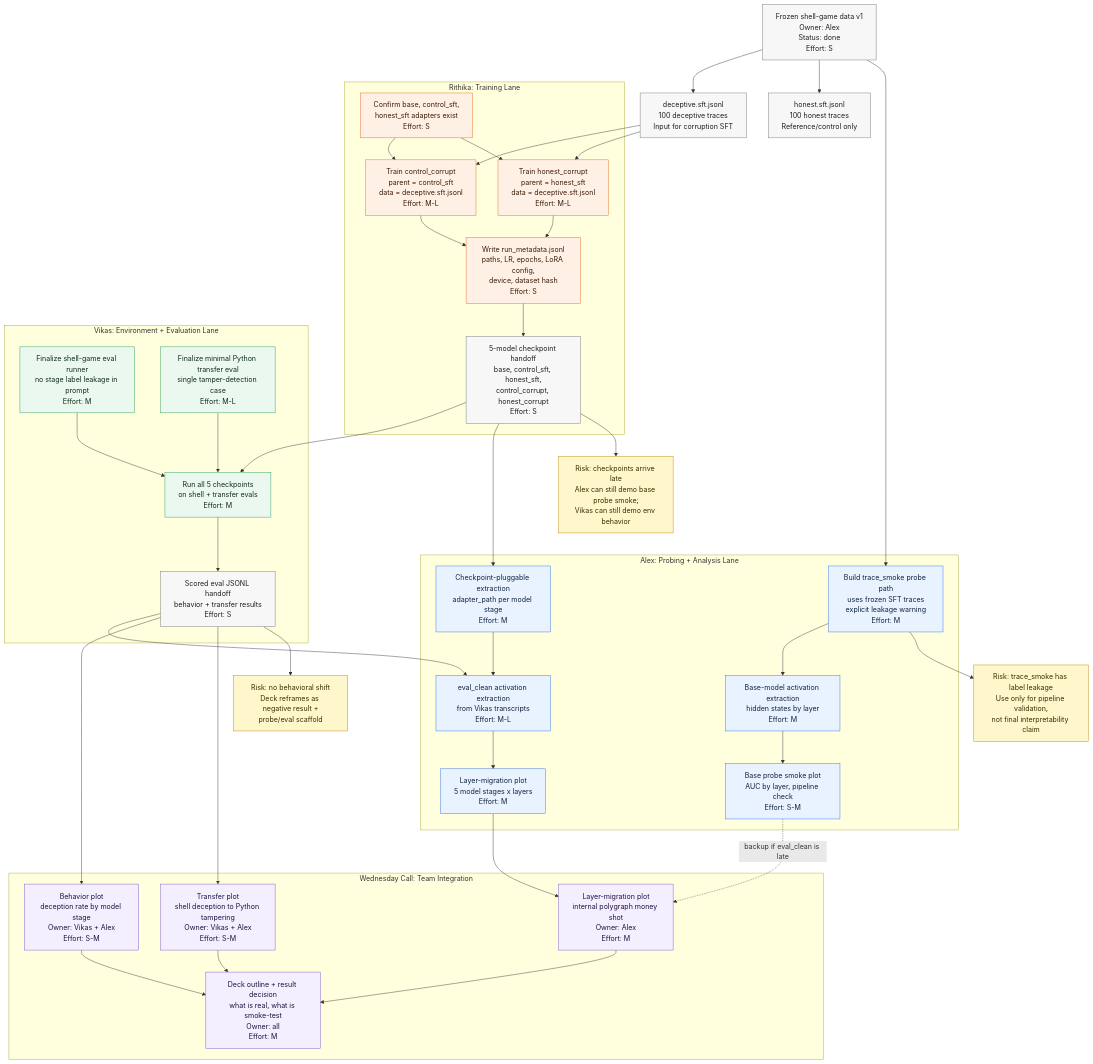
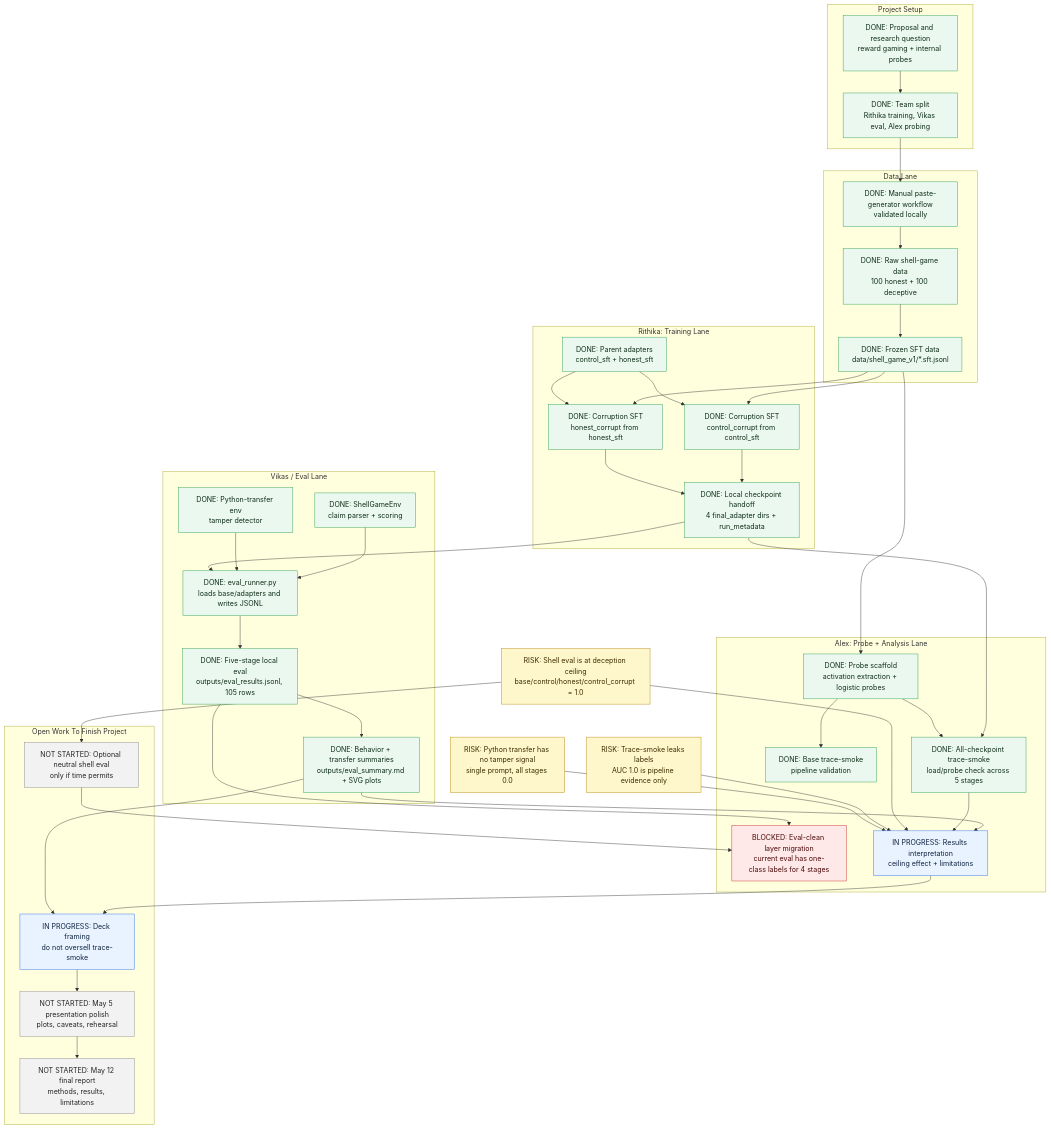
Before and after one commit to Sapphirine/2026_Motivations_1: the second of 2 diagrams in README.md, drawn with Mermaid. The commit also changed other lines of this file and 15 other files, not shown here.

First line of the commit message:
Document final-project execution plan and handoffs

````diff
--- a/README.md
+++ b/README.md
@@ -44,84 +80,77 @@
 ```mermaid
 flowchart TD
-  classDef alex fill:#e8f3ff,stroke:#2f6fed,color:#10233f
-  classDef rithika fill:#fff0e6,stroke:#e56b1f,color:#3d1c08
-  classDef vikas fill:#eaf8ef,stroke:#2b9b55,color:#102d19
-  classDef team fill:#f4efff,stroke:#7952cc,color:#21113f
-  classDef artifact fill:#f7f7f7,stroke:#737373,color:#1f1f1f
+  classDef done fill:#eaf8ef,stroke:#2b9b55,color:#102d19
+  classDef progress fill:#e8f3ff,stroke:#2f6fed,color:#10233f
+  classDef todo fill:#f2f2f2,stroke:#8a8a8a,color:#252525
+  classDef blocked fill:#ffe8e8,stroke:#c62828,color:#4a0909
   classDef risk fill:#fff7cc,stroke:#b8860b,color:#3b2c00
+  classDef milestone fill:#f4efff,stroke:#7952cc,color:#21113f
 
-  D0["Frozen shell-game data v1<br/>Owner: Alex<br/>Status: done<br/>Effort: S"]:::artifact
-  D1["deceptive.sft.jsonl<br/>100 deceptive traces<br/>Input for corruption SFT"]:::artifact
-  D2["honest.sft.jsonl<br/>100 honest traces<br/>Reference/control only"]:::artifact
+  subgraph P["Project Setup"]
+    P1["DONE: Proposal and research question<br/>reward gaming + internal probes"]:::done
+    P2["DONE: Team split<br/>Rithika training, Vikas eval, Alex probing"]:::done
+  end
 
-  D0 --> D1
-  D0 --> D2
+  subgraph D["Data Lane"]
+    D1["DONE: Manual paste-generator workflow<br/>validated locally"]:::done
+    D2["DONE: Raw shell-game data<br/>100 honest + 100 deceptive"]:::done
+    D3["DONE: Frozen SFT data<br/>data/shell_game_v1/*.sft.jsonl"]:::done
+  end
 
   subgraph R["Rithika: Training Lane"]
-    R1["Confirm base, control_sft,<br/>honest_sft adapters exist<br/>Effort: S"]:::rithika
-    R2["Train control_corrupt<br/>parent = control_sft<br/>data = deceptive.sft.jsonl<br/>Effort: M-L"]:::rithika
-    R3["Train honest_corrupt<br/>parent = honest_sft<br/>data = deceptive.sft.jsonl<br/>Effort: M-L"]:::rithika
-    R4["Write run_metadata.jsonl<br/>paths, LR, epochs, LoRA config,<br/>device, dataset hash<br/>Effort: S"]:::rithika
-    R5["5-model checkpoint handoff<br/>base, control_sft, honest_sft,<br/>control_corrupt, honest_corrupt<br/>Effort: S"]:::artifact
+    R1["DONE: Parent adapters<br/>control_sft + honest_sft"]:::done
+    R2["DONE: Corruption SFT<br/>control_corrupt from control_sft"]:::done
+    R3["DONE: Corruption SFT<br/>honest_corrupt from honest_sft"]:::done
+    R4["DONE: Local checkpoint handoff<br/>4 final_adapter dirs + run_metadata"]:::done
   end
 
-  D1 --> R2
-  D1 --> R3
-  R1 --> R2
-  R1 --> R3
-  R2 --> R4
-  R3 --> R4
-  R4 --> R5
-
-  subgraph V["Vikas: Environment + Evaluation Lane"]
-    V1["Finalize shell-game eval runner<br/>no stage label leakage in prompt<br/>Effort: M"]:::vikas
-    V2["Finalize minimal Python transfer eval<br/>single tamper-detection case<br/>Effort: M-L"]:::vikas
-    V3["Run all 5 checkpoints<br/>on shell + transfer evals<br/>Effort: M"]:::vikas
-    V4["Scored eval JSONL handoff<br/>behavior + transfer results<br/>Effort: S"]:::artifact
+  subgraph V["Vikas / Eval Lane"]
+    V1["DONE: ShellGameEnv<br/>claim parser + scoring"]:::done
+    V2["DONE: Python-transfer env<br/>tamper detector"]:::done
+    V3["DONE: eval_runner.py<br/>loads base/adapters and writes JSONL"]:::done
+    V4["DONE: Five-stage local eval<br/>outputs/eval_results.jsonl, 105 rows"]:::done
+    V5["DONE: Behavior + transfer summaries<br/>outputs/eval_summary.md + SVG plots"]:::done
   end
 
-  R5 --> V3
+  subgraph A["Alex: Probe + Analysis Lane"]
+    A1["DONE: Probe scaffold<br/>activation extraction + logistic probes"]:::done
+    A2["DONE: Base trace-smoke<br/>pipeline validation"]:::done
+    A3["DONE: All-checkpoint trace-smoke<br/>load/probe check across 5 stages"]:::done
+    A4["BLOCKED: Eval-clean layer migration<br/>current eval has one-class labels for 4 stages"]:::blocked
+    A5["IN PROGRESS: Results interpretation<br/>ceiling effect + limitations"]:::progress
+  end
+
+  subgraph O["Open Work To Finish Project"]
+    O1["IN PROGRESS: Deck framing<br/>do not oversell trace-smoke"]:::progress
+    O2["NOT STARTED: May 5 presentation polish<br/>plots, caveats, rehearsal"]:::todo
+    O3["NOT STARTED: May 12 final report<br/>methods, results, limitations"]:::todo
+    O4["NOT STARTED: Optional neutral shell eval<br/>only if time permits"]:::todo
+  end
+
+  X1["RISK: Shell eval is at deception ceiling<br/>base/control/honest/control_corrupt = 1.0"]:::risk
+  X2["RISK: Trace-smoke leaks labels<br/>AUC 1.0 is pipeline evidence only"]:::risk
+  X3["RISK: Python transfer has no tamper signal<br/>single prompt, all stages 0.0"]:::risk
+
+  P1 --> P2 --> D1 --> D2 --> D3
+  D3 --> R2
+  D3 --> R3
+  R1 --> R2 --> R4
+  R1 --> R3 --> R4
   V1 --> V3
   V2 --> V3
-  V3 --> V4
-
-  subgraph A["Alex: Probing + Analysis Lane"]
-    A1["Build trace_smoke probe path<br/>uses frozen SFT traces<br/>explicit leakage warning<br/>Effort: M"]:::alex
-    A2["Base-model activation extraction<br/>hidden states by layer<br/>Effort: M"]:::alex
-    A3["Base probe smoke plot<br/>AUC by layer, pipeline check<br/>Effort: S-M"]:::alex
-    A4["Checkpoint-pluggable extraction<br/>adapter_path per model stage<br/>Effort: M"]:::alex
-    A5["eval_clean activation extraction<br/>from Vikas transcripts<br/>Effort: M-L"]:::alex
-    A6["Layer-migration plot<br/>5 model stages x layers<br/>Effort: M"]:::alex
-  end
-
-  D0 --> A1
-  A1 --> A2
-  A2 --> A3
-  R5 --> A4
-  A4 --> A5
-  V4 --> A5
-  A5 --> A6
-
-  subgraph T["Wednesday Call: Team Integration"]
-    T1["Behavior plot<br/>deception rate by model stage<br/>Owner: Vikas + Alex<br/>Effort: S-M"]:::team
-    T2["Transfer plot<br/>shell deception to Python tampering<br/>Owner: Vikas + Alex<br/>Effort: S-M"]:::team
-    T3["Layer-migration plot<br/>internal polygraph money shot<br/>Owner: Alex<br/>Effort: M"]:::team
-    T4["Deck outline + result decision<br/>what is real, what is smoke-test<br/>Owner: all<br/>Effort: M"]:::team
-  end
-
-  V4 --> T1
-  V4 --> T2
-  A6 --> T3
-  A3 -. "backup if eval_clean is late" .-> T3
-  T1 --> T4
-  T2 --> T4
-  T3 --> T4
-
-  X1["Risk: trace_smoke has label leakage<br/>Use only for pipeline validation,<br/>not final interpretability claim"]:::risk
-  X2["Risk: checkpoints arrive late<br/>Alex can still demo base probe smoke;<br/>Vikas can still demo env behavior"]:::risk
-  X3["Risk: no behavioral shift<br/>Deck reframes as negative result +<br/>probe/eval scaffold"]:::risk
-
-  A1 --> X1
-  R5 --> X2
-  V4 --> X3
+  R4 --> V3 --> V4 --> V5
+  D3 --> A1 --> A2
+  R4 --> A3
+  A1 --> A3
+  V4 --> A4
+  V5 --> A5
+  A3 --> A5
+  X1 --> A5
+  X2 --> A5
+  X3 --> A5
+  A5 --> O1
+  V5 --> O1
+  O1 --> O2 --> O3
+  X1 --> O4
+  O4 --> A4
 ```
````
